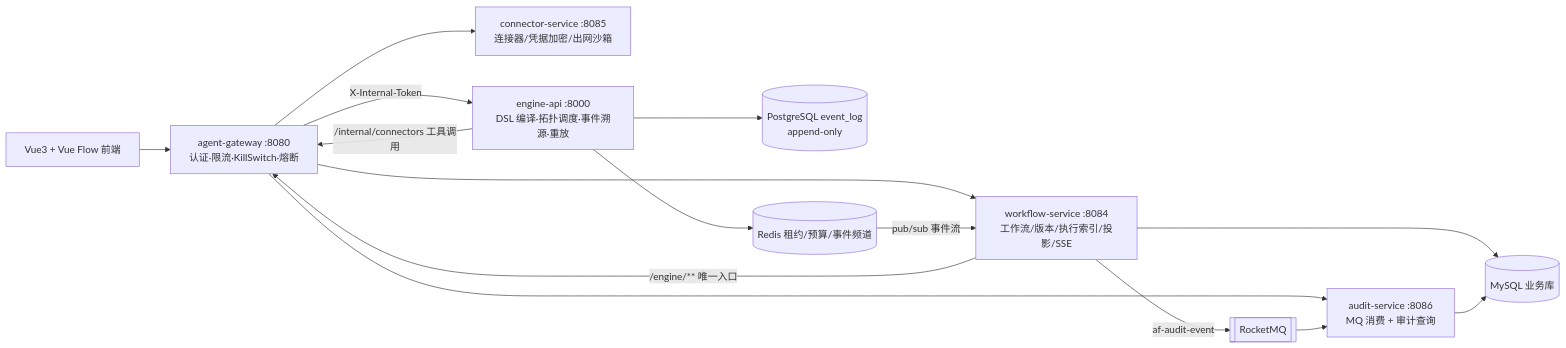
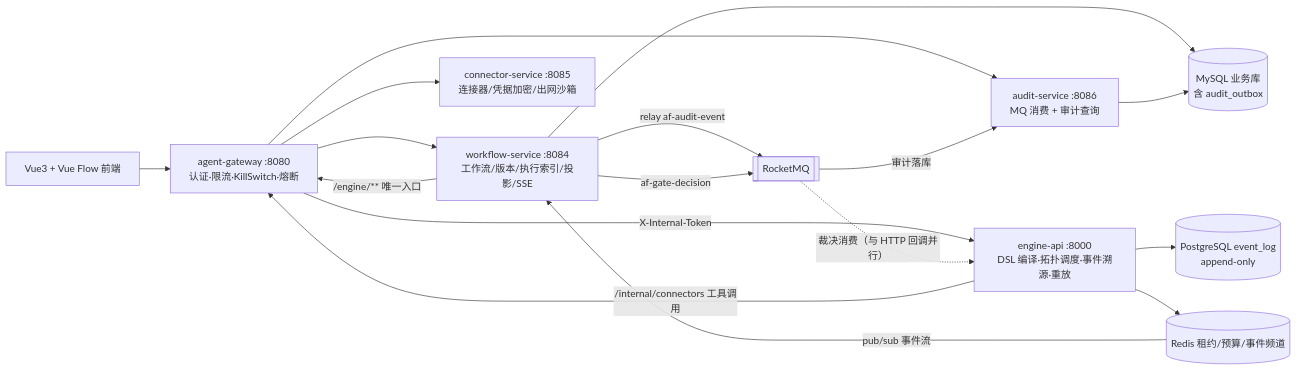
Before and after one commit to ybw0405-study/AgentFlow: the diagram in README.md, drawn with Mermaid. The commit also changed other lines of this file and 11 other files, not shown here.

````diff
--- a/README.md
+++ b/README.md
@@ -7,17 +7,19 @@
 ```mermaid
 flowchart LR
     FE[Vue3 + Vue Flow 前端] --> GW[agent-gateway :8080<br/>认证·限流·KillSwitch·熔断]
     GW --> WF[workflow-service :8084<br/>工作流/版本/执行索引/投影/SSE]
     GW --> AUD[audit-service :8086<br/>MQ 消费 + 审计查询]
     GW --> CONN[connector-service :8085<br/>连接器/凭据加密/出网沙箱]
     WF -->|/engine/** 唯一入口| GW
     GW -->|X-Internal-Token| ENG[engine-api :8000<br/>DSL 编译·拓扑调度·事件溯源·重放]
     ENG -->|/internal/connectors 工具调用| GW
     ENG --> PG[(PostgreSQL event_log<br/>append-only)]
     ENG --> RD[(Redis 租约/预算/事件频道)]
-    WF --> MY[(MySQL 业务库)]
+    WF --> MY[(MySQL 业务库<br/>含 audit_outbox)]
     AUD --> MY
-    WF -->|af-audit-event| MQ[[RocketMQ]]
-    MQ --> AUD
+    WF -->|relay af-audit-event| MQ[[RocketMQ]]
+    WF -->|af-gate-decision| MQ
+    MQ -->|审计落库| AUD
+    MQ -.->|裁决消费（与 HTTP 回调并行）| ENG
     RD -->|pub/sub 事件流| WF
 ```
````
